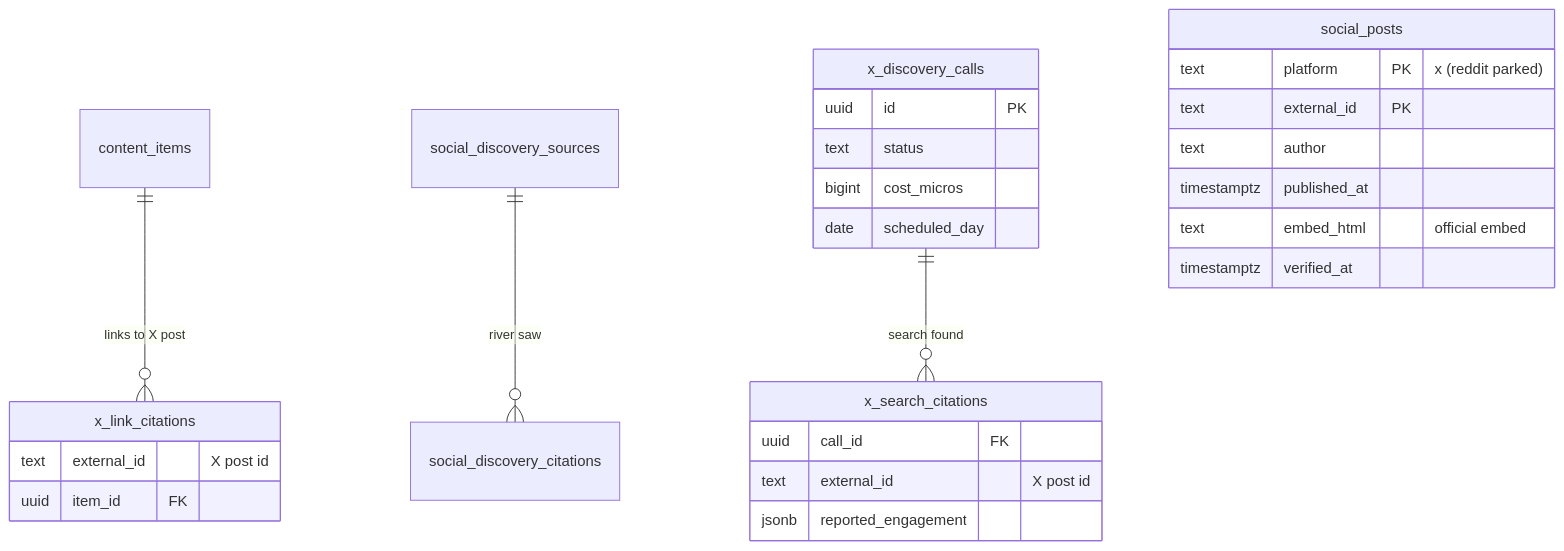
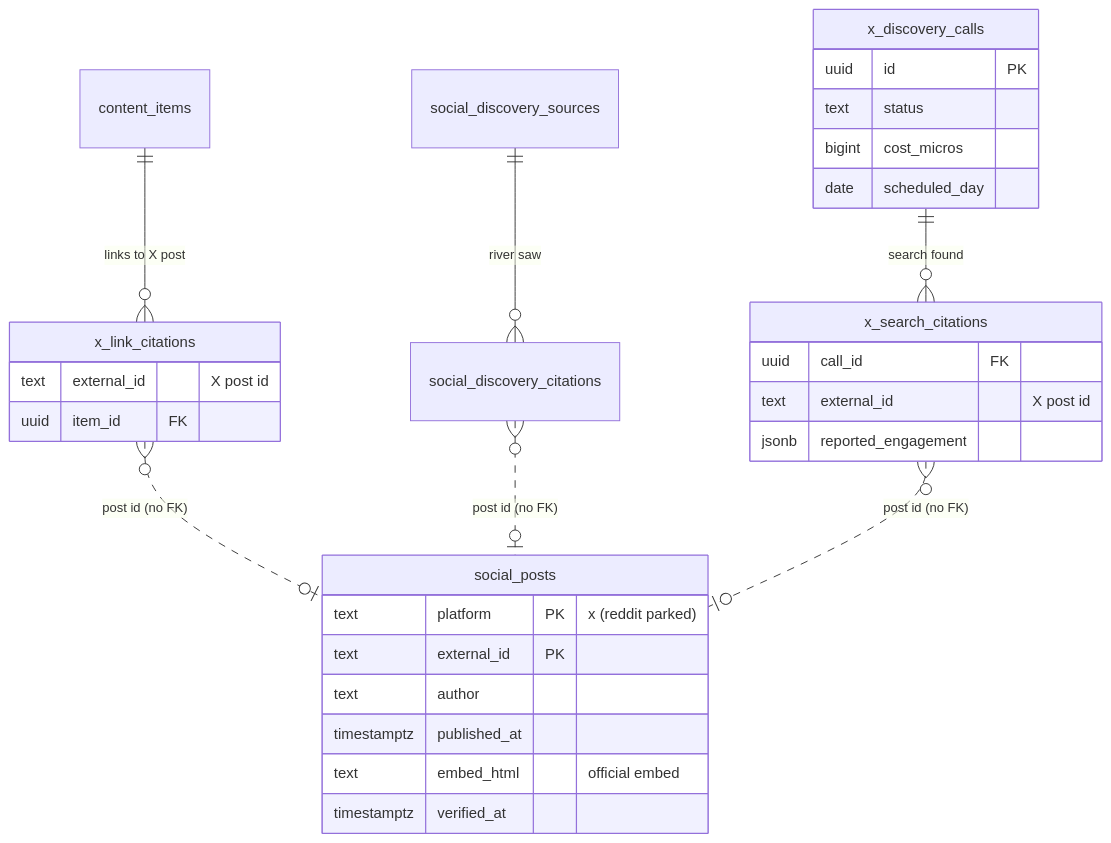
The third of 3 diagrams in docs/handbook/01-app/07-data-model.md (EmmadUsmani/news-digest), drawn with Mermaid before and after one commit. The commit also changed other lines of this file and 10 other files, not shown here.

First line of the commit message:
Handbook: audit and fix every diagram for overlaps and clarity

````diff
--- a/docs/handbook/01-app/07-data-model.md
+++ b/docs/handbook/01-app/07-data-model.md
@@ -93,29 +91,32 @@
 ```mermaid
 erDiagram
   content_items ||--o{ x_link_citations : "links to X post"
   social_discovery_sources ||--o{ social_discovery_citations : "river saw"
   x_discovery_calls ||--o{ x_search_citations : "search found"
+  x_link_citations }o..o| social_posts : "post id (no FK)"
+  social_discovery_citations }o..o| social_posts : "post id (no FK)"
+  x_search_citations }o..o| social_posts : "post id (no FK)"
   social_posts {
     text platform PK "x (reddit parked)"
     text external_id PK
     text author
     timestamptz published_at
     text embed_html "official embed"
     timestamptz verified_at
   }
   x_link_citations {
     text external_id "X post id"
     uuid item_id FK
   }
   x_search_citations {
     uuid call_id FK
     text external_id "X post id"
     jsonb reported_engagement
   }
   x_discovery_calls {
     uuid id PK
     text status
     bigint cost_micros
     date scheduled_day
   }
 ```
````
